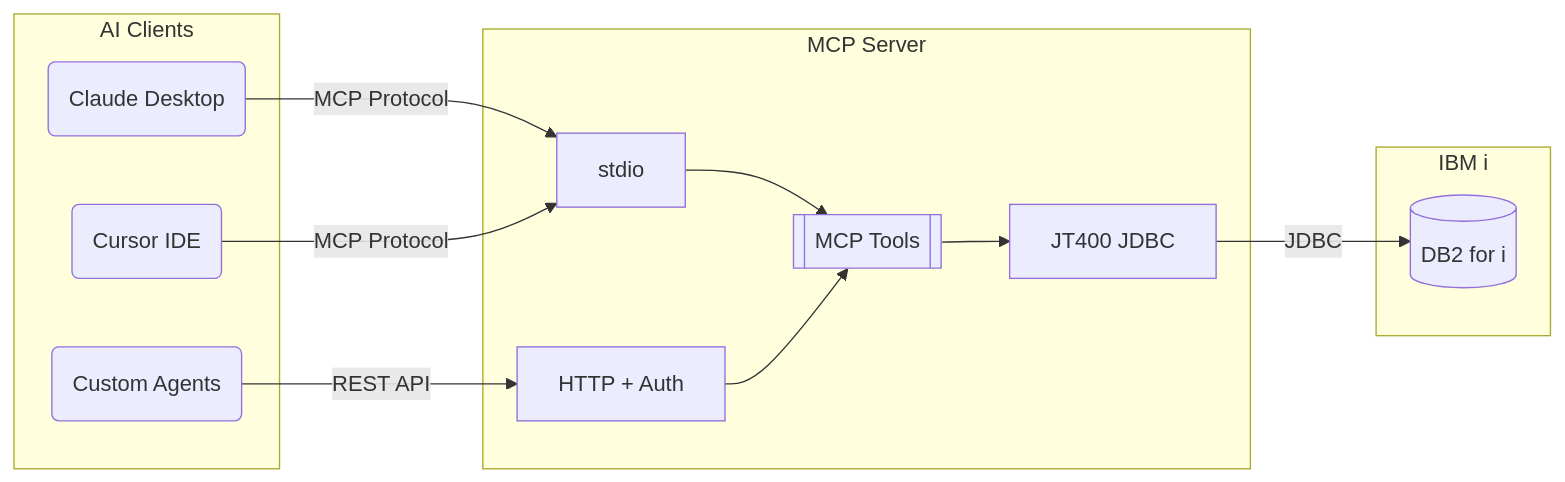
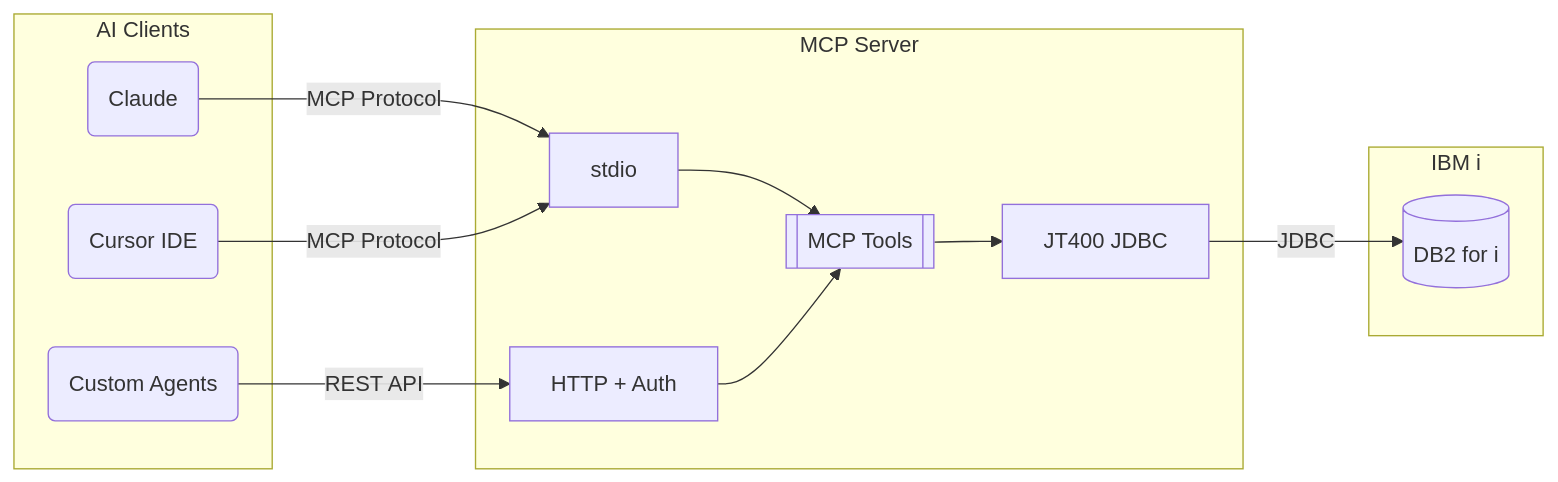
Before and after one commit to Strom-Capital/mcp-server-db2i: the diagram in README.md, drawn with Mermaid. The commit also changed other lines of this file and 2 other files, not shown here.

First line of the commit message:
docs: rename cursor-integration to client-setup, add Claude Code section

````diff
--- a/README.md
+++ b/README.md
@@ -21,25 +21,25 @@
 ```mermaid
 graph LR
     subgraph clients ["AI Clients"]
-        claude("Claude Desktop")
+        claude("Claude")
         cursor("Cursor IDE")
         agents("Custom Agents")
     end
 
     subgraph server ["MCP Server"]
         stdio["stdio"]
         http["HTTP + Auth"]
         tools[["MCP Tools"]]
         jdbc["JT400 JDBC"]
     end
 
     subgraph ibmi ["IBM i"]
         db2[("DB2 for i")]
     end
 
     claude & cursor -->|MCP Protocol| stdio
     agents -->|REST API| http
     stdio & http --> tools
     tools --> jdbc
     jdbc -->|JDBC| db2
 ```
````
